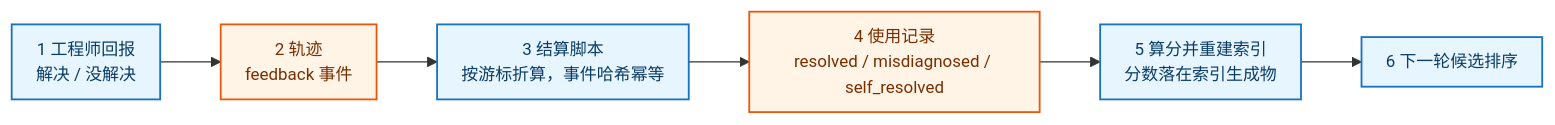
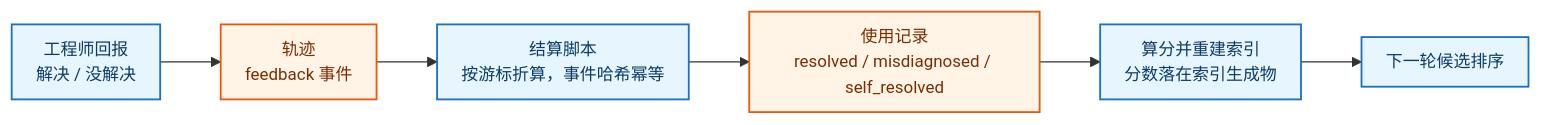
One commit to Bowen-Leee/ascend-sleuth changed the fourth of 4 diagrams in docs/mechanism/diagnosis-observability.md. Above: the diagram before and after it, drawn with Mermaid. The commit also changed other lines of this file and 1 other file, not shown here.

````diff
--- a/docs/mechanism/diagnosis-observability.md
+++ b/docs/mechanism/diagnosis-observability.md
@@ -362,15 +344,15 @@
 ```mermaid
 %%{init: {'themeVariables':{'fontSize':'14px'},'flowchart':{'curve':'basis','nodeSpacing':40,'rankSpacing':50,'padding':10}}}%%
 flowchart LR
-    R1["1 工程师回报<br/>解决 / 没解决"] --> T["2 轨迹<br/>feedback 事件"]
-    T --> S["3 结算脚本<br/>按游标折算，事件哈希幂等"]
-    S --> L["4 使用记录<br/>resolved / misdiagnosed / self_resolved"]
-    L --> C["5 算分并重建索引<br/>分数落在索引生成物"]
-    C --> O["6 下一轮候选排序"]
+    R1["工程师回报<br/>解决 / 没解决"] --> T["轨迹<br/>feedback 事件"]
+    T --> S["结算脚本<br/>按游标折算，事件哈希幂等"]
+    S --> L["使用记录<br/>resolved / misdiagnosed / self_resolved"]
+    L --> C["算分并重建索引<br/>分数落在索引生成物"]
+    C --> O["下一轮候选排序"]
 
     classDef step fill:#e7f5ff,stroke:#1971c2,stroke-width:1.5px,color:#0b3d66
     classDef store fill:#fff4e6,stroke:#e8590c,stroke-width:1.5px,color:#7a2e00
     class R1,S,C step
     class T,L store
     class O step
 ```
````
